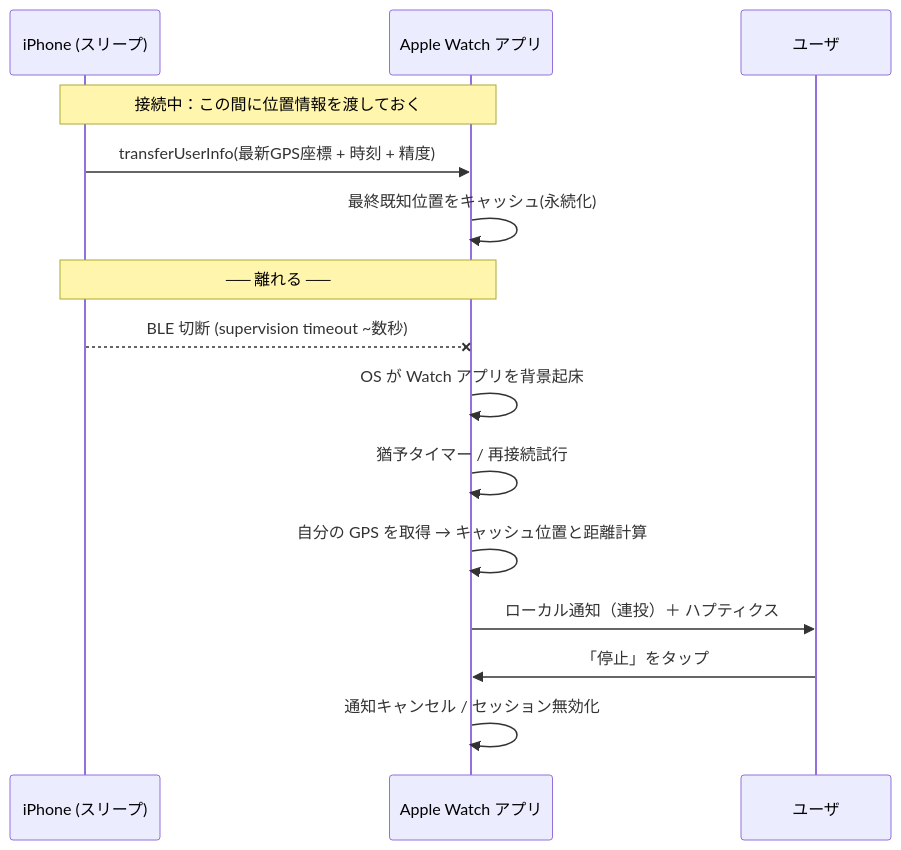
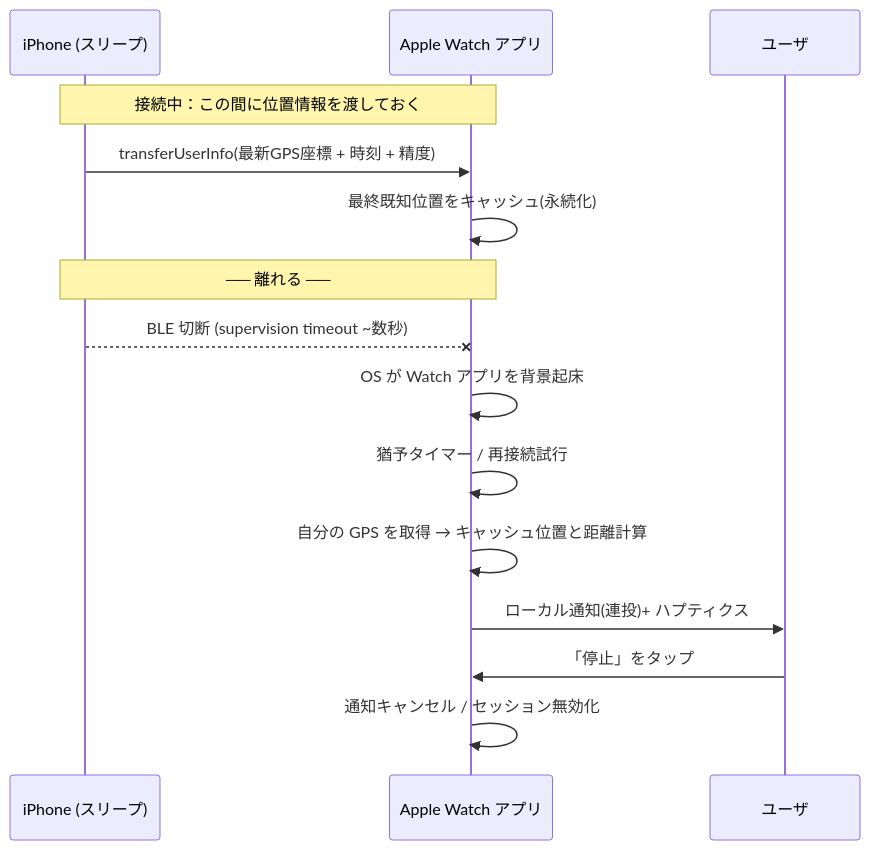
One commit to suzukimitsuru/turetette changed the first of 3 diagrams in docs/watch-alarm-design.md. Above: the diagram before and after it, drawn with Mermaid. The commit also changed other lines of this file, not shown here.

````diff
--- a/docs/watch-alarm-design.md
+++ b/docs/watch-alarm-design.md
@@ -50,19 +51,19 @@
 ```mermaid
 sequenceDiagram
     participant P as iPhone (スリープ)
     participant W as Apple Watch アプリ
     participant U as ユーザ
 
     Note over P,W: 接続中：この間に位置情報を渡しておく
     P->>W: transferUserInfo(最新GPS座標 + 時刻 + 精度)
     W->>W: 最終既知位置をキャッシュ(永続化)
 
     Note over P,W: ── 離れる ──
     P--xW: BLE 切断 (supervision timeout ~数秒)
     W->>W: OS が Watch アプリを背景起床
     W->>W: 猶予タイマー / 再接続試行
     W->>W: 自分の GPS を取得 → キャッシュ位置と距離計算
-    W->>U: ローカル通知（連投）＋ ハプティクス
+    W->>U: ローカル通知(連投)+ ハプティクス
     U->>W: 「停止」をタップ
     W->>W: 通知キャンセル / セッション無効化
 ```
````
